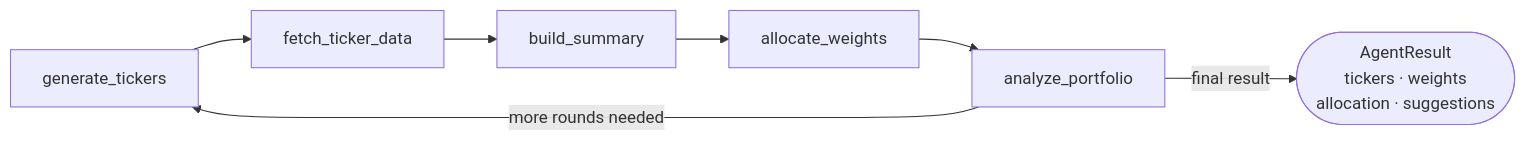
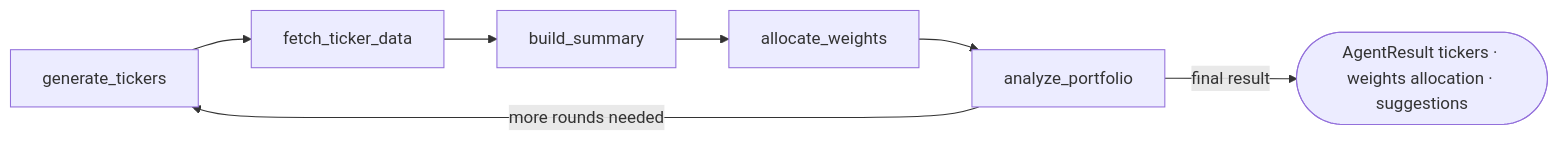
Before and after one commit to DivM11/portfolio-builder-agent: the second of 2 diagrams in README.md, drawn with Mermaid. The commit also changed other lines of this file, not shown here.

Commit message:
fix mermaid text in architecture diagram

````diff
--- a/README.md
+++ b/README.md
@@ -81,9 +81,9 @@
 ```mermaid
 flowchart LR
     A["generate_tickers"] --> B["fetch_ticker_data"]
     B --> C["build_summary"]
     C --> D["allocate_weights"]
     D --> E["analyze_portfolio"]
     E -->|"more rounds needed"| A
-    E -->|"final result"| R(["AgentResult\ntickers · weights\nallocation · suggestions"])
+    E -->|"final result"| R(["AgentResult tickers · weights allocation · suggestions"])
 ```
````
